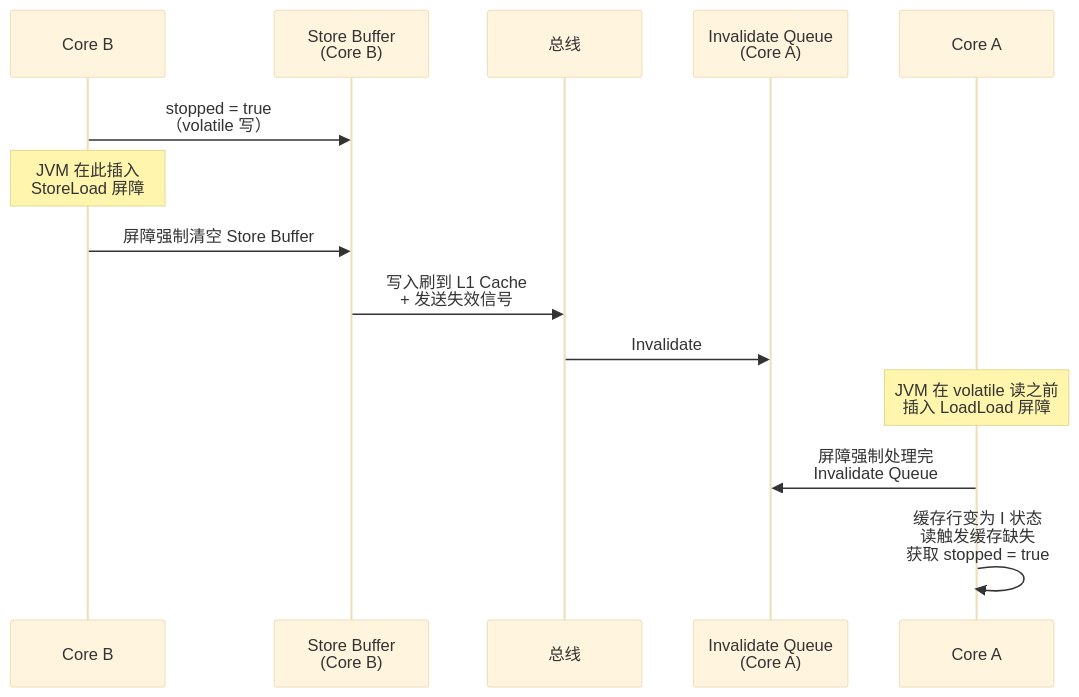
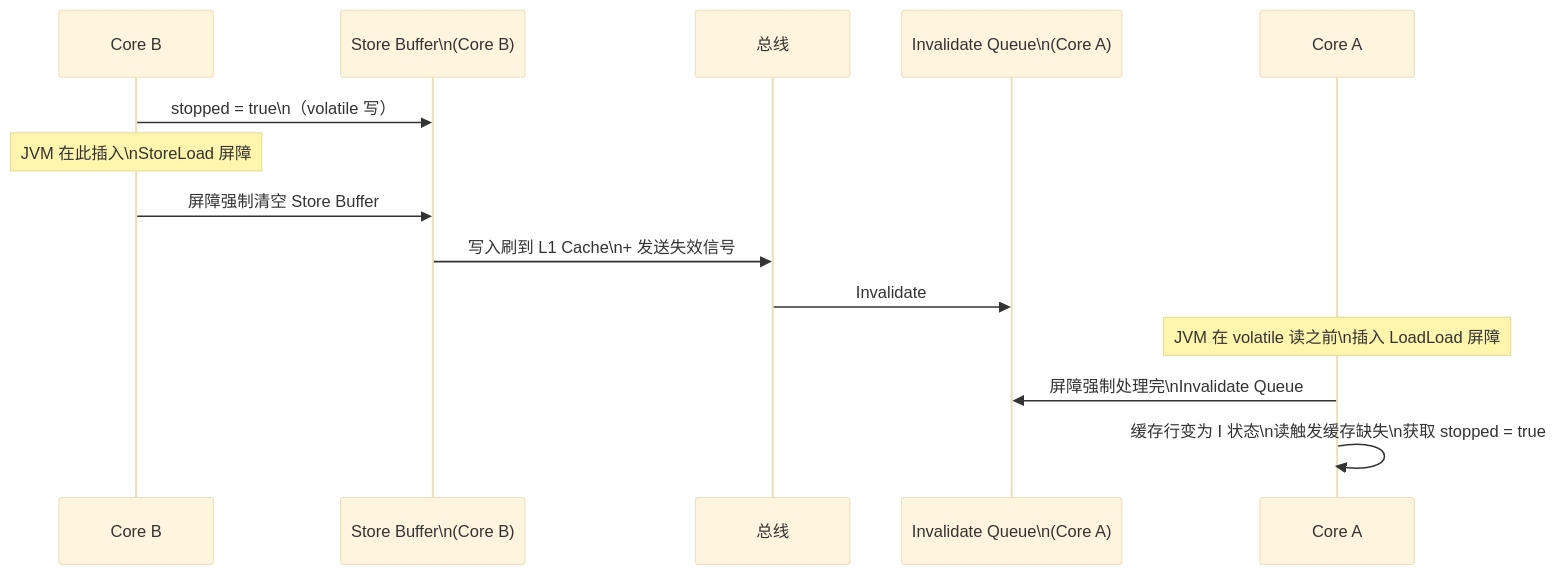
The fourth of 7 diagrams in content/posts/concurrency/Volatile.md (yaocat55/yaocat55.github.io), drawn with Mermaid (base theme) before and after one commit. The commit also changed other lines of this file and 155 other files, not shown here.

````diff
--- a/content/posts/concurrency/Volatile.md
+++ b/content/posts/concurrency/Volatile.md
@@ -203,17 +213,17 @@
 ```mermaid
 sequenceDiagram
     participant CoreB as Core B
-    participant SB_B as Store Buffer<br/>(Core B)
+    participant SB_B as Store Buffer\n(Core B)
     participant Bus as 总线
-    participant IQ_A as Invalidate Queue<br/>(Core A)
+    participant IQ_A as Invalidate Queue\n(Core A)
     participant CoreA as Core A
 
-    CoreB->>SB_B: stopped = true<br/>（volatile 写）
-    Note over CoreB: JVM 在此插入<br/>StoreLoad 屏障
+    CoreB->>SB_B: stopped = true\n（volatile 写）
+    Note over CoreB: JVM 在此插入\nStoreLoad 屏障
     CoreB->>SB_B: 屏障强制清空 Store Buffer
-    SB_B->>Bus: 写入刷到 L1 Cache<br/>+ 发送失效信号
+    SB_B->>Bus: 写入刷到 L1 Cache\n+ 发送失效信号
     Bus->>IQ_A: Invalidate
-    Note over CoreA: JVM 在 volatile 读之前<br/>插入 LoadLoad 屏障
-    CoreA->>IQ_A: 屏障强制处理完<br/>Invalidate Queue
-    CoreA->>CoreA: 缓存行变为 I 状态<br/>读触发缓存缺失<br/>获取 stopped = true
+    Note over CoreA: JVM 在 volatile 读之前\n插入 LoadLoad 屏障
+    CoreA->>IQ_A: 屏障强制处理完\nInvalidate Queue
+    CoreA->>CoreA: 缓存行变为 I 状态\n读触发缓存缺失\n获取 stopped = true
 ```
````
